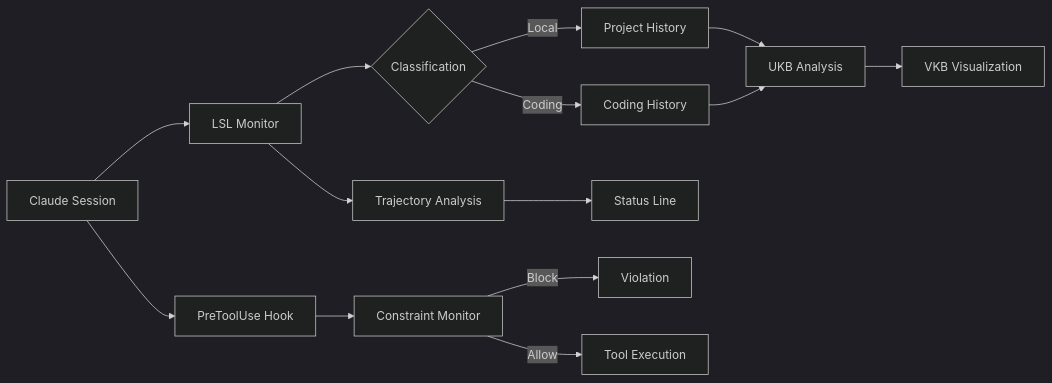
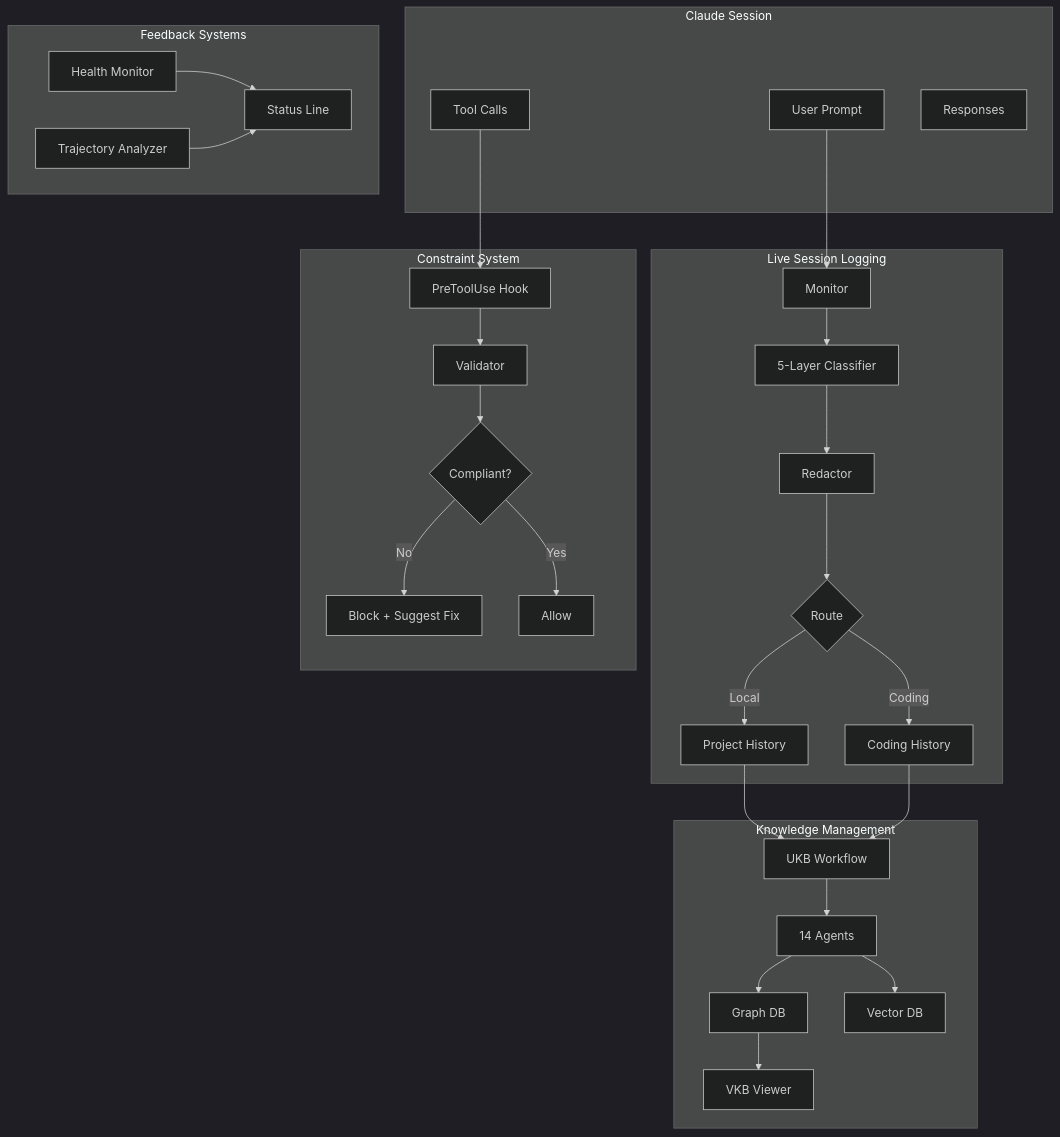
One commit to fwornle/coding changed the first of 2 diagrams in docs-content/core-systems/index.md. Above: the diagram before and after it, drawn with Mermaid (dark theme). The commit also changed other lines of this file and 244 other files, not shown here.

````diff
--- a/docs-content/core-systems/index.md
+++ b/docs-content/core-systems/index.md
@@ -18,16 +103,43 @@
 ```mermaid
-flowchart LR
-    A[Claude Session] --> B[LSL Monitor]
-    B --> C{Classification}
-    C -->|Local| D[Project History]
-    C -->|Coding| E[Coding History]
-    B --> F[Trajectory Analysis]
-    F --> G[Status Line]
-    A --> H[PreToolUse Hook]
-    H --> I[Constraint Monitor]
-    I -->|Block| J[Violation]
-    I -->|Allow| K[Tool Execution]
-    D --> L[UKB Analysis]
-    E --> L
-    L --> M[VKB Visualization]
+flowchart TB
+    subgraph Input["Claude Session"]
+        A[User Prompt]
+        B[Tool Calls]
+        C[Responses]
+    end
+
+    subgraph LSL["Live Session Logging"]
+        D[Monitor] --> E[5-Layer Classifier]
+        E --> F[Redactor]
+        F --> G{Route}
+        G -->|Local| H[Project History]
+        G -->|Coding| I[Coding History]
+    end
+
+    subgraph KB["Knowledge Management"]
+        J[UKB Workflow] --> K[14 Agents]
+        K --> L[Graph DB]
+        K --> M[Vector DB]
+        L --> N[VKB Viewer]
+    end
+
+    subgraph Constraints["Constraint System"]
+        O[PreToolUse Hook] --> P[Validator]
+        P --> Q{Compliant?}
+        Q -->|No| R[Block + Suggest Fix]
+        Q -->|Yes| S[Allow]
+    end
+
+    subgraph Feedback["Feedback Systems"]
+        T[Status Line]
+        U[Health Monitor]
+        V[Trajectory Analyzer]
+    end
+
+    A --> D
+    B --> O
+    H --> J
+    I --> J
+    U --> T
+    V --> T
 ```
````
